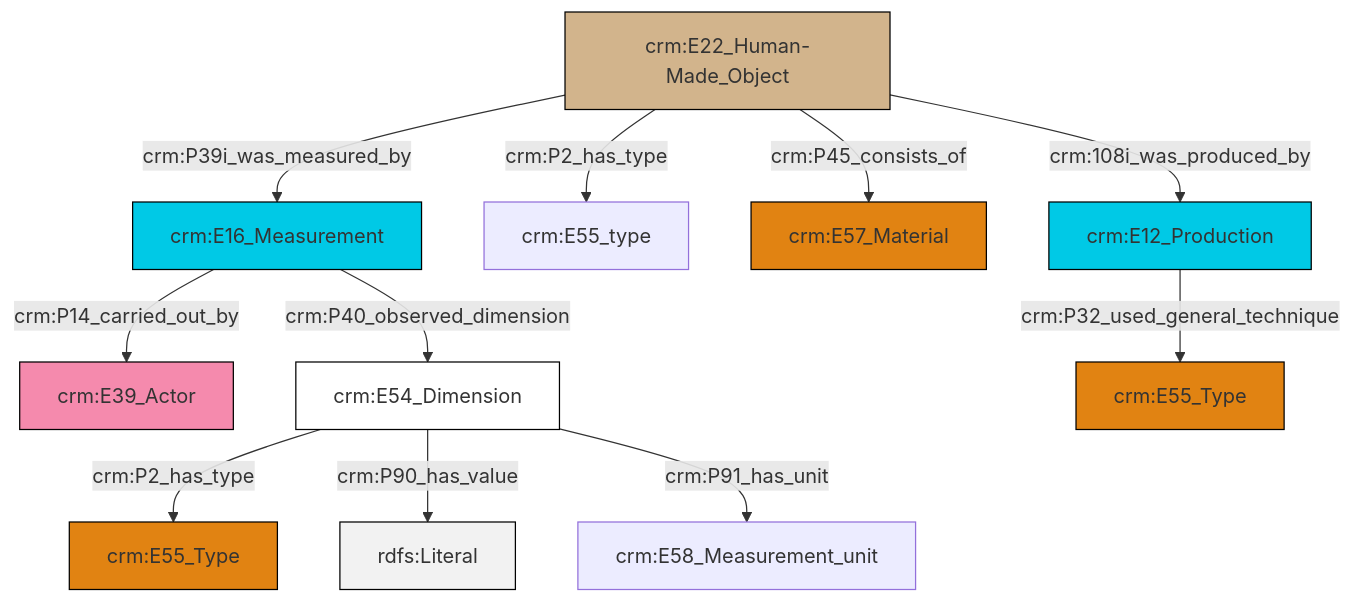
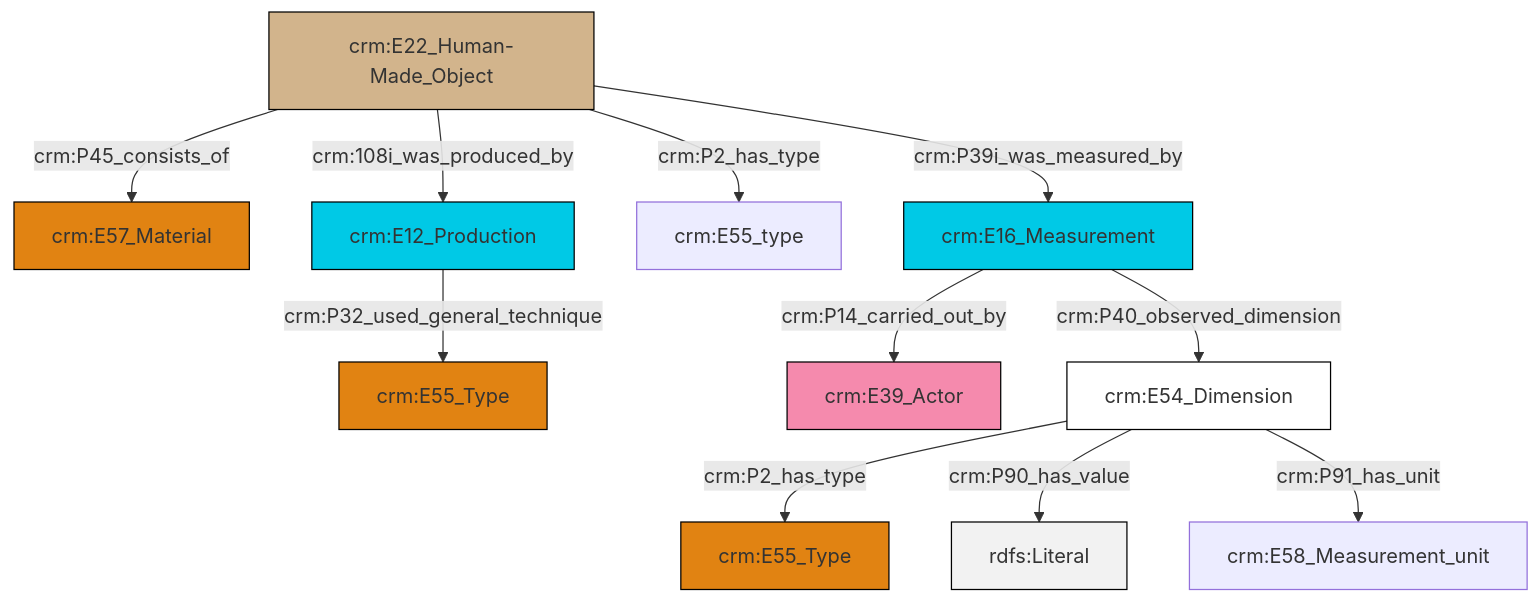
One commit to swiss-art-research-net/docs.swissartresearch changed the diagram in et/builtWorkCSV/ttl/mmd/Built_Work_substance.ttl.mmd. Above: the diagram before and after it, drawn with Mermaid. The commit also changed 201 other files, not shown here.

```diff
--- a/et/builtWorkCSV/ttl/mmd/Built_Work_substance.ttl.mmd
+++ b/et/builtWorkCSV/ttl/mmd/Built_Work_substance.ttl.mmd
@@ -1,25 +1,25 @@
 graph TD
 classDef Literal fill:#f2f2f2,stroke:#000000;
 classDef CRM_Entity fill:#FFFFFF,stroke:#000000;
 classDef Temporal_Entity fill:#00C9E6, stroke:#000000;
 classDef Type fill:#E18312, stroke:#000000;
 classDef Time-Span fill:#2C9C91, stroke:#000000;
 classDef Appellation fill:#FFEB7F, stroke:#000000;
 classDef Place fill:#008836, stroke:#000000;
 classDef Persistent_Item fill:#B266B2, stroke:#000000;
 classDef Conceptual_Object fill:#FFD700, stroke:#000000;
 classDef Physical_Thing fill:#D2B48C, stroke:#000000;
 classDef Actor fill:#f58aad, stroke:#000000;
 classDef PC_Classes fill:#4ce600, stroke:#000000;
 classDef Multi fill:#cccccc,stroke:#000000;
 
-0["crm:E22_Human-Made_Object"]:::Physical_Thing -->|crm:P39i_was_measured_by| 1["crm:E16_Measurement"]:::Temporal_Entity
-0["crm:E22_Human-Made_Object"]:::Physical_Thing -->|crm:P2_has_type| 4["crm:E55_type"]:::Default
-6["crm:E54_Dimension"]:::CRM_Entity -->|crm:P2_has_type| 7["crm:E55_Type"]:::Type
-0["crm:E22_Human-Made_Object"]:::Physical_Thing -->|crm:P45_consists_of| 8["crm:E57_Material"]:::Type
-1["crm:E16_Measurement"]:::Temporal_Entity -->|crm:P14_carried_out_by| 2["crm:E39_Actor"]:::Actor
-1["crm:E16_Measurement"]:::Temporal_Entity -->|crm:P40_observed_dimension| 6["crm:E54_Dimension"]:::CRM_Entity
-0["crm:E22_Human-Made_Object"]:::Physical_Thing -->|crm:108i_was_produced_by| 13["crm:E12_Production"]:::Temporal_Entity
-6["crm:E54_Dimension"]:::CRM_Entity -->|crm:P90_has_value| 16[rdfs:Literal]:::Literal
-6["crm:E54_Dimension"]:::CRM_Entity -->|crm:P91_has_unit| 18["crm:E58_Measurement_unit"]:::Default
-13["crm:E12_Production"]:::Temporal_Entity -->|crm:P32_used_general_technique| 10["crm:E55_Type"]:::Type
+4["crm:E54_Dimension"]:::CRM_Entity -->|crm:P2_has_type| 8["crm:E55_Type"]:::Type
+11["crm:E22_Human-Made_Object"]:::Physical_Thing -->|crm:P45_consists_of| 12["crm:E57_Material"]:::Type
+11["crm:E22_Human-Made_Object"]:::Physical_Thing -->|crm:108i_was_produced_by| 15["crm:E12_Production"]:::Temporal_Entity
+11["crm:E22_Human-Made_Object"]:::Physical_Thing -->|crm:P2_has_type| 0["crm:E55_type"]:::Default
+2["crm:E16_Measurement"]:::Temporal_Entity -->|crm:P14_carried_out_by| 13["crm:E39_Actor"]:::Actor
+15["crm:E12_Production"]:::Temporal_Entity -->|crm:P32_used_general_technique| 6["crm:E55_Type"]:::Type
+4["crm:E54_Dimension"]:::CRM_Entity -->|crm:P90_has_value| 17[rdfs:Literal]:::Literal
+11["crm:E22_Human-Made_Object"]:::Physical_Thing -->|crm:P39i_was_measured_by| 2["crm:E16_Measurement"]:::Temporal_Entity
+4["crm:E54_Dimension"]:::CRM_Entity -->|crm:P91_has_unit| 9["crm:E58_Measurement_unit"]:::Default
+2["crm:E16_Measurement"]:::Temporal_Entity -->|crm:P40_observed_dimension| 4["crm:E54_Dimension"]:::CRM_Entity
```
